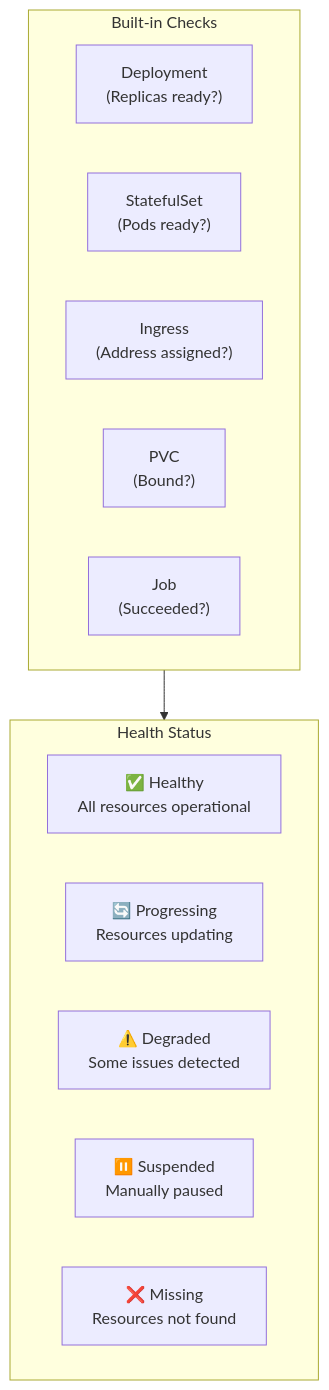
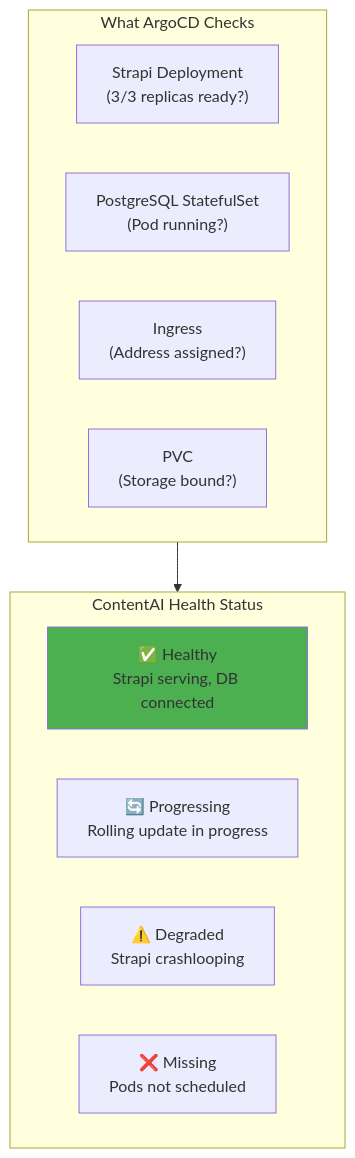
Before and after one commit to PearlThoughtsInternship/Internship-Obsidian-Vault: the eighth of 10 diagrams in DevOps/02-Engineering/05-GitOps.md, drawn with Mermaid. The commit also changed other lines of this file and 1 other file, not shown here.

First line of the commit message:
docs: Container orchestration & GitOps with ContentAI product context

````diff
--- a/DevOps/02-Engineering/05-GitOps.md
+++ b/DevOps/02-Engineering/05-GitOps.md
@@ -507,20 +547,20 @@
 ```mermaid
 flowchart TB
-    subgraph HealthStatus["Health Status"]
-        Healthy["✅ Healthy\nAll resources operational"]
-        Progressing["🔄 Progressing\nResources updating"]
-        Degraded["⚠️ Degraded\nSome issues detected"]
-        Suspended["⏸️ Suspended\nManually paused"]
-        Missing["❌ Missing\nResources not found"]
+    subgraph HealthStatus["ContentAI Health Status"]
+        Healthy["✅ Healthy\nStrapi serving, DB connected"]
+        Progressing["🔄 Progressing\nRolling update in progress"]
+        Degraded["⚠️ Degraded\nStrapi crashlooping"]
+        Missing["❌ Missing\nPods not scheduled"]
     end
 
-    subgraph Checks["Built-in Checks"]
-        Deploy["Deployment\n(Replicas ready?)"]
-        STS["StatefulSet\n(Pods ready?)"]
-        Ing["Ingress\n(Address assigned?)"]
-        PVC["PVC\n(Bound?)"]
-        Job["Job\n(Succeeded?)"]
+    subgraph Components["What ArgoCD Checks"]
+        Strapi["Strapi Deployment\n(3/3 replicas ready?)"]
+        PG["PostgreSQL StatefulSet\n(Pod running?)"]
+        ING["Ingress\n(Address assigned?)"]
+        PVC["PVC\n(Storage bound?)"]
     end
 
-    Checks --> HealthStatus
+    Components --> HealthStatus
+
+    style Healthy fill:#4CAF50
 ```
````
